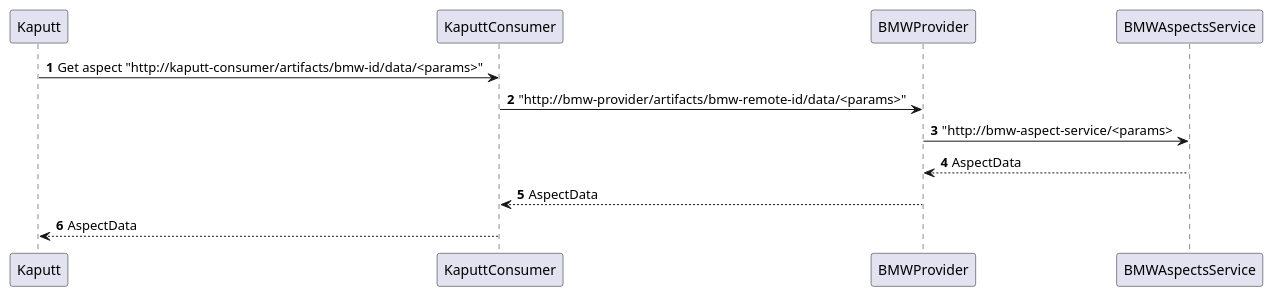
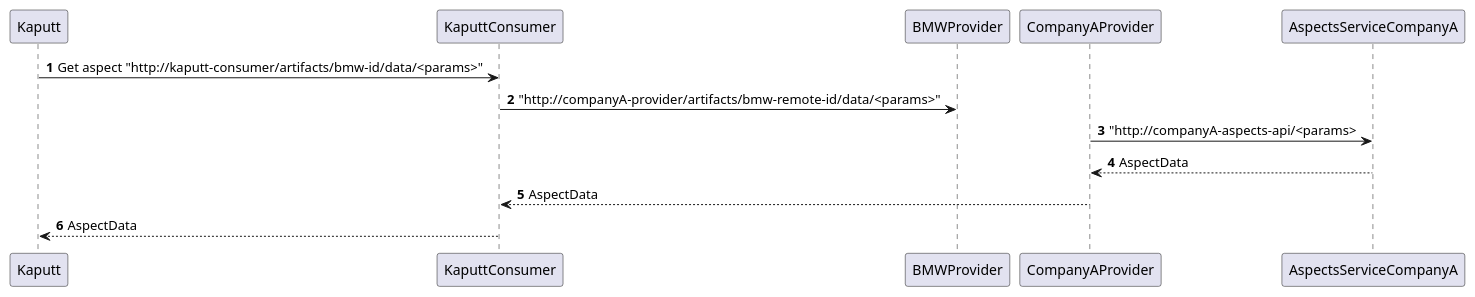
The diagram in documentation/architecture/diagrams/speedboat-get-aspect.puml (catenax/tractusx), drawn with PlantUML before and after one commit. The commit also changed 4 other files, not shown here.

Commit message:
Added sequence diagrams.

```diff
--- a/documentation/architecture/diagrams/speedboat-get-aspect.puml
+++ b/documentation/architecture/diagrams/speedboat-get-aspect.puml
@@ -1,12 +1,12 @@
 @startuml
 'https://plantuml.com/sequence-diagram
 
 autonumber
 
 Kaputt ->  KaputtConsumer: Get aspect "http://kaputt-consumer/artifacts/bmw-id/data/<params>"
-KaputtConsumer -> BMWProvider: "http://bmw-provider/artifacts/bmw-remote-id/data/<params>"
-BMWProvider -> BMWAspectsService: "http://bmw-aspect-service/<params>
-BMWProvider <-- BMWAspectsService: AspectData
-KaputtConsumer <-- BMWProvider: AspectData
+KaputtConsumer -> BMWProvider: "http://companyA-provider/artifacts/bmw-remote-id/data/<params>"
+CompanyAProvider -> AspectsServiceCompanyA: "http://companyA-aspects-api/<params>
+CompanyAProvider <-- AspectsServiceCompanyA: AspectData
+KaputtConsumer <-- CompanyAProvider: AspectData
 Kaputt <-- KaputtConsumer: AspectData
 @enduml
```
